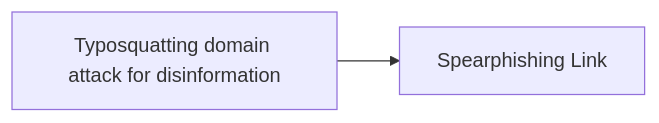
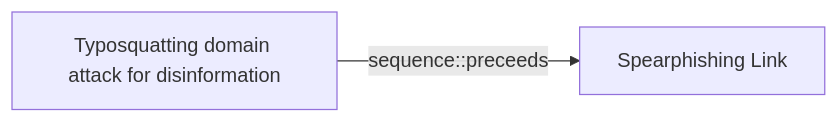
The diagram in docs/threats/typosquatting-domain-attack-for-disinformation.md (opentidehq/library), drawn with Mermaid before and after one commit. The commit also changed other lines of this file and 277 other files, not shown here.

````diff
--- a/docs/threats/typosquatting-domain-attack-for-disinformation.md
+++ b/docs/threats/typosquatting-domain-attack-for-disinformation.md
@@ -55,6 +103,6 @@
 ```mermaid
 flowchart LR
 db3cae2f_3e6b_4aed_b346_43686bbb382e["Typosquatting domain attack for disinformation"]
 1a68b5eb_0112_424d_a21f_88dda0b6b8df["Spearphishing Link"]
-db3cae2f_3e6b_4aed_b346_43686bbb382e --> 1a68b5eb_0112_424d_a21f_88dda0b6b8df
+db3cae2f_3e6b_4aed_b346_43686bbb382e -->|sequence::preceeds| 1a68b5eb_0112_424d_a21f_88dda0b6b8df
 ```
````
